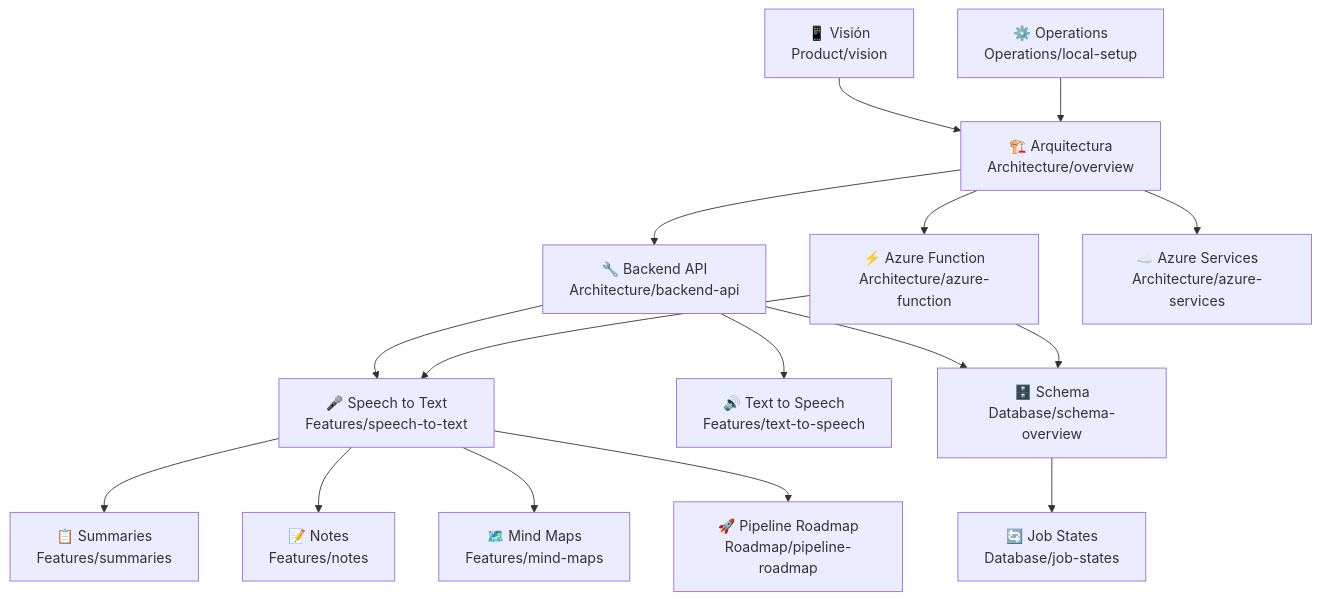
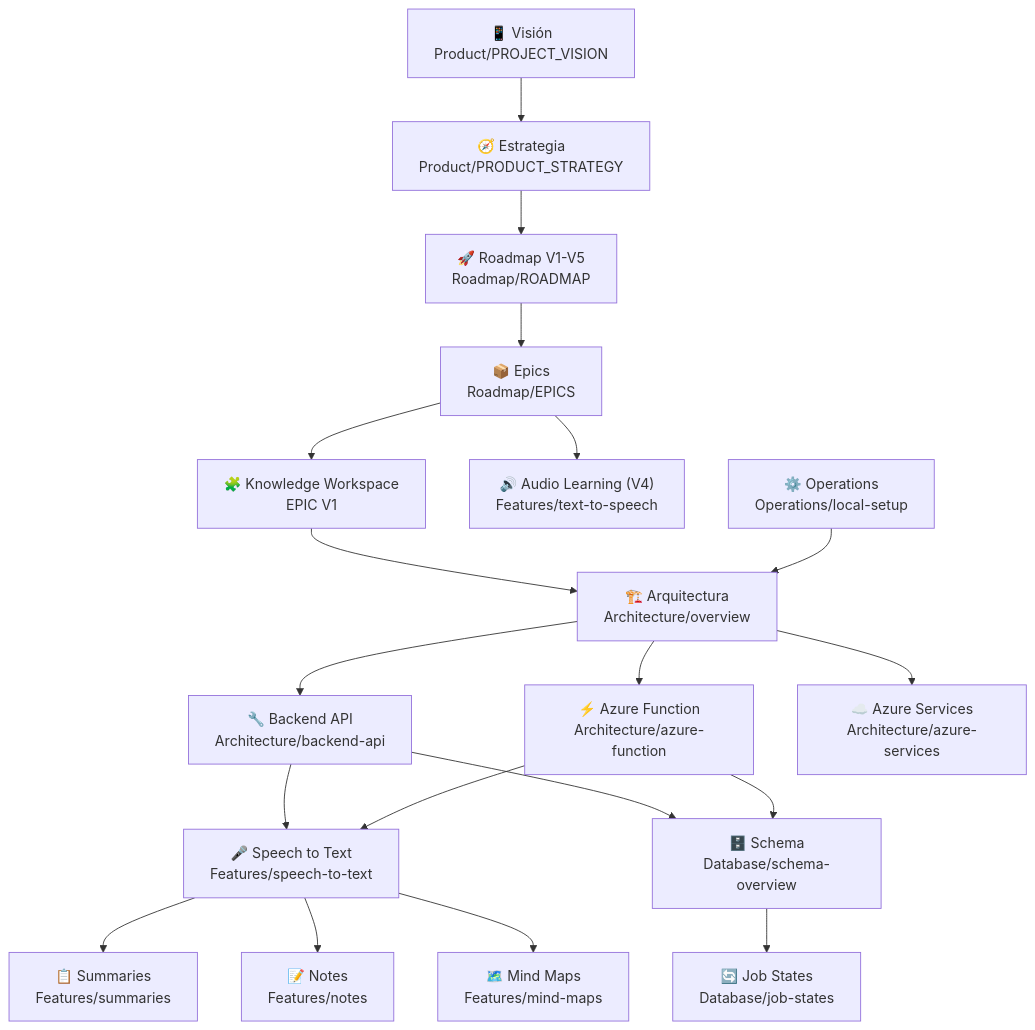
The diagram in App/Knowledge/README.md (SCaneoGarrido/Champion-AI), drawn with Mermaid before and after one commit. The commit also changed other lines of this file and 67 other files, not shown here.

````diff
--- a/App/Knowledge/README.md
+++ b/App/Knowledge/README.md
@@ -19,33 +19,39 @@
 ```mermaid
 graph TD
-    VISION["📱 Visión\nProduct/vision"]
+    VISION["📱 Visión\nProduct/PROJECT_VISION"]
+    STRATEGY["🧭 Estrategia\nProduct/PRODUCT_STRATEGY"]
+    ROADMAP["🚀 Roadmap V1-V5\nRoadmap/ROADMAP"]
+    EPICS["📦 Epics\nRoadmap/EPICS"]
+    WORKSPACE["🧩 Knowledge Workspace\nEPIC V1"]
     ARCH["🏗️ Arquitectura\nArchitecture/overview"]
     API["🔧 Backend API\nArchitecture/backend-api"]
     FUNC["⚡ Azure Function\nArchitecture/azure-function"]
     AZURE["☁️ Azure Services\nArchitecture/azure-services"]
     STT["🎤 Speech to Text\nFeatures/speech-to-text"]
-    TTS["🔊 Text to Speech\nFeatures/text-to-speech"]
+    TTS["🔊 Audio Learning (V4)\nFeatures/text-to-speech"]
     SUM["📋 Summaries\nFeatures/summaries"]
     NOTES["📝 Notes\nFeatures/notes"]
     MIND["🗺️ Mind Maps\nFeatures/mind-maps"]
     SCHEMA["🗄️ Schema\nDatabase/schema-overview"]
     STATES["🔄 Job States\nDatabase/job-states"]
     OPS["⚙️ Operations\nOperations/local-setup"]
-    ROAD["🚀 Pipeline Roadmap\nRoadmap/pipeline-roadmap"]
 
-    VISION --> ARCH
+    VISION --> STRATEGY
+    STRATEGY --> ROADMAP
+    ROADMAP --> EPICS
+    EPICS --> WORKSPACE
+    WORKSPACE --> ARCH
     ARCH --> API
     ARCH --> FUNC
     ARCH --> AZURE
     API --> STT
-    API --> TTS
     FUNC --> STT
     STT --> SUM
     STT --> NOTES
     STT --> MIND
-    STT --> ROAD
+    EPICS --> TTS
     API --> SCHEMA
     FUNC --> SCHEMA
     SCHEMA --> STATES
     OPS --> ARCH
 ```
````
